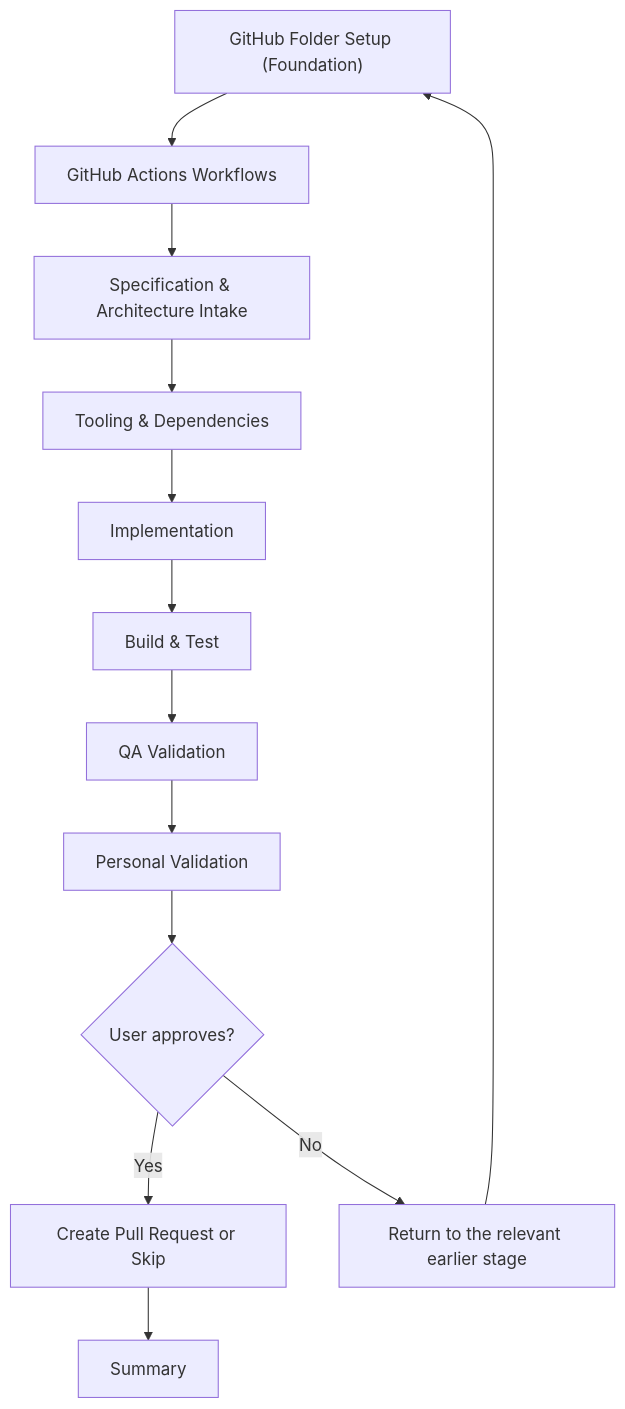
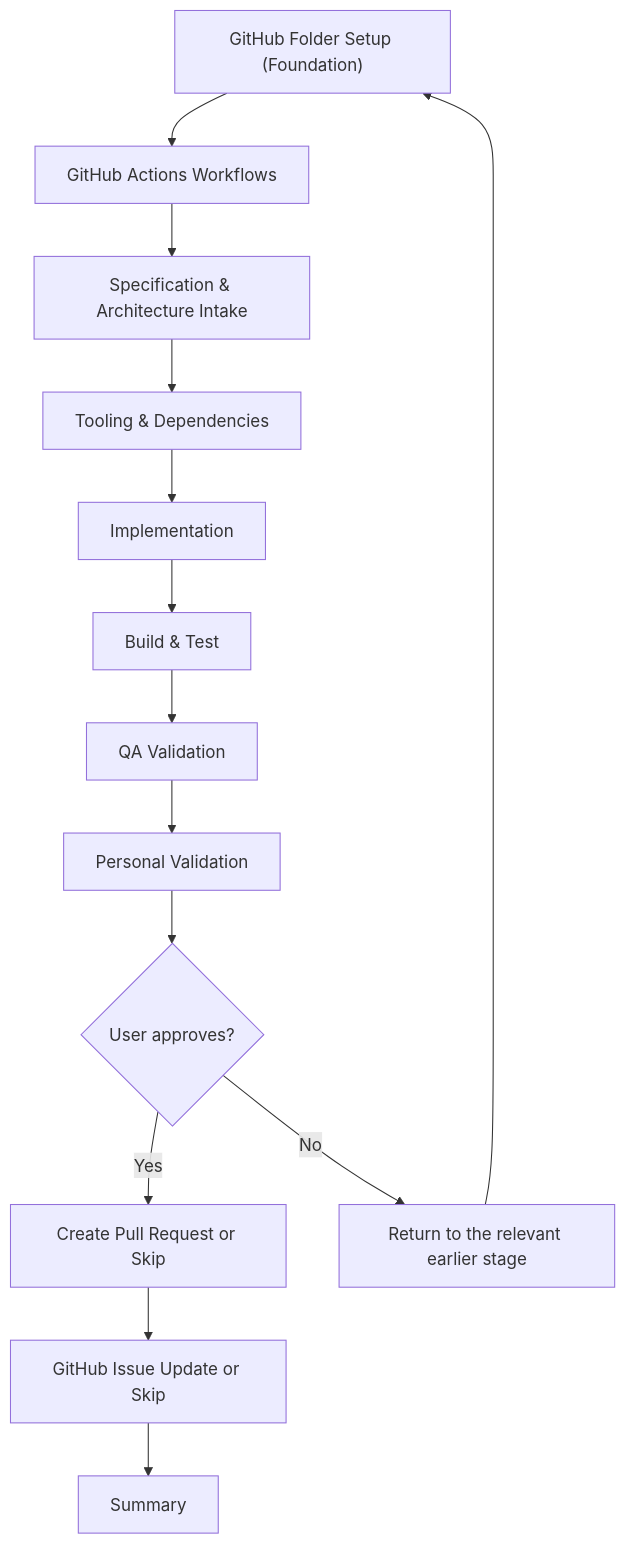
The second of 14 diagrams in plugins/copilot-app/resources/orchestration-flow-diagrams.md (JSdotNet/Copilot), drawn with Mermaid before and after one commit. The commit also changed other lines of this file and 18 other files, not shown here.

````diff
--- a/plugins/copilot-app/resources/orchestration-flow-diagrams.md
+++ b/plugins/copilot-app/resources/orchestration-flow-diagrams.md
@@ -40,15 +42,16 @@
 ```mermaid
 flowchart TD
     A["GitHub Folder Setup (Foundation)"] --> B["GitHub Actions Workflows"]
     B --> C["Specification & Architecture Intake"]
     C --> D["Tooling & Dependencies"]
     D --> E["Implementation"]
     E --> F["Build & Test"]
     F --> G["QA Validation"]
     G --> H["Personal Validation"]
     H --> I{User approves?}
     I -->|Yes| J["Create Pull Request or Skip"]
     I -->|No| K["Return to the relevant earlier stage"]
     K --> A
-    J --> L["Summary"]
+    J --> U["GitHub Issue Update or Skip"]
+    U --> L["Summary"]
 ```
````
